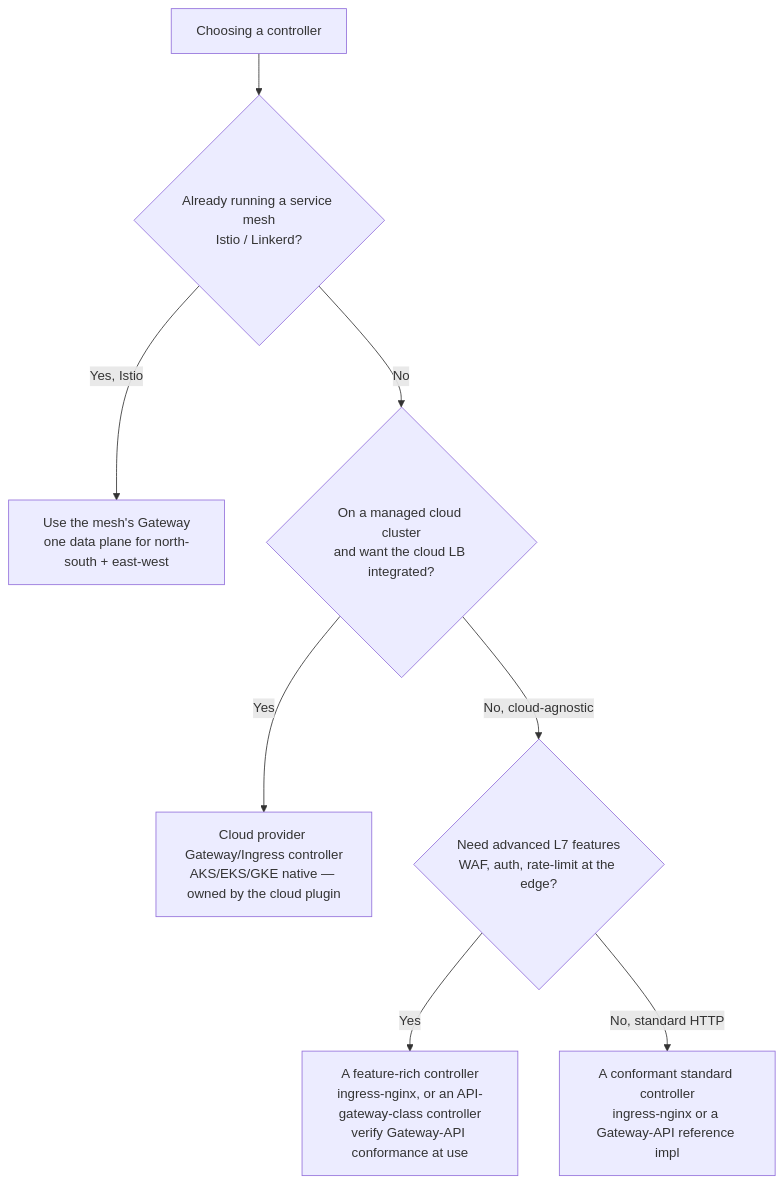
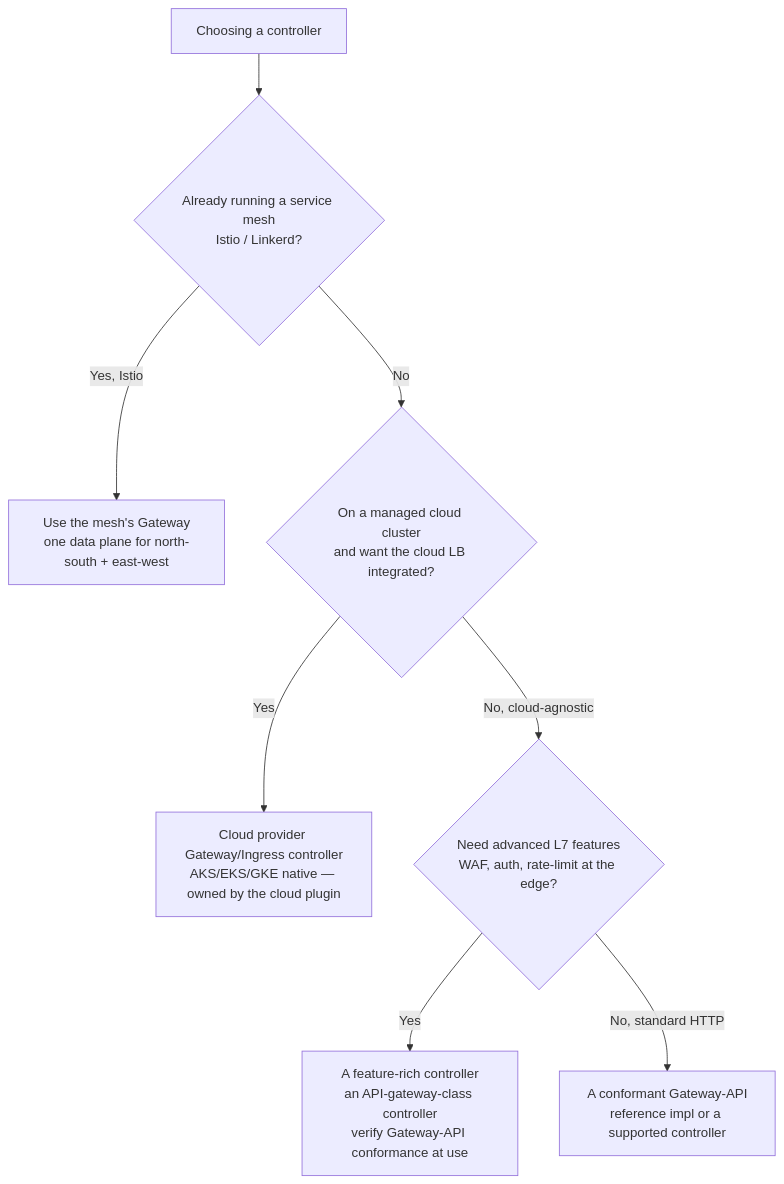
One commit to mcorbett51090/RavenClaude changed the second of 3 diagrams in plugins/cloud-native-kubernetes/knowledge/networking-and-ingress-decision-trees.md. Above: the diagram before and after it, drawn with Mermaid. The commit also changed other lines of this file and 27 other files, not shown here.

````diff
--- a/plugins/cloud-native-kubernetes/knowledge/networking-and-ingress-decision-trees.md
+++ b/plugins/cloud-native-kubernetes/knowledge/networking-and-ingress-decision-trees.md
@@ -46,10 +46,10 @@
 ```mermaid
 flowchart TD
     START[Choosing a controller] --> MESH{Already running a service mesh<br/>Istio / Linkerd?}
     MESH -->|Yes, Istio| ISTIOGW[Use the mesh's Gateway<br/>one data plane for north-south + east-west]
     MESH -->|No| MANAGED{On a managed cloud cluster<br/>and want the cloud LB integrated?}
     MANAGED -->|Yes| CLOUDGW[Cloud provider Gateway/Ingress controller<br/>AKS/EKS/GKE native — owned by the cloud plugin]
     MANAGED -->|No, cloud-agnostic| FEAT{Need advanced L7 features<br/>WAF, auth, rate-limit at the edge?}
-    FEAT -->|Yes| FEATURE[A feature-rich controller<br/>ingress-nginx, or an API-gateway-class controller<br/>verify Gateway-API conformance at use]
-    FEAT -->|No, standard HTTP| STANDARD[A conformant standard controller<br/>ingress-nginx or a Gateway-API reference impl]
+    FEAT -->|Yes| FEATURE[A feature-rich controller<br/>an API-gateway-class controller<br/>verify Gateway-API conformance at use]
+    FEAT -->|No, standard HTTP| STANDARD[A conformant Gateway-API<br/>reference impl or a supported controller]
 ```
````
